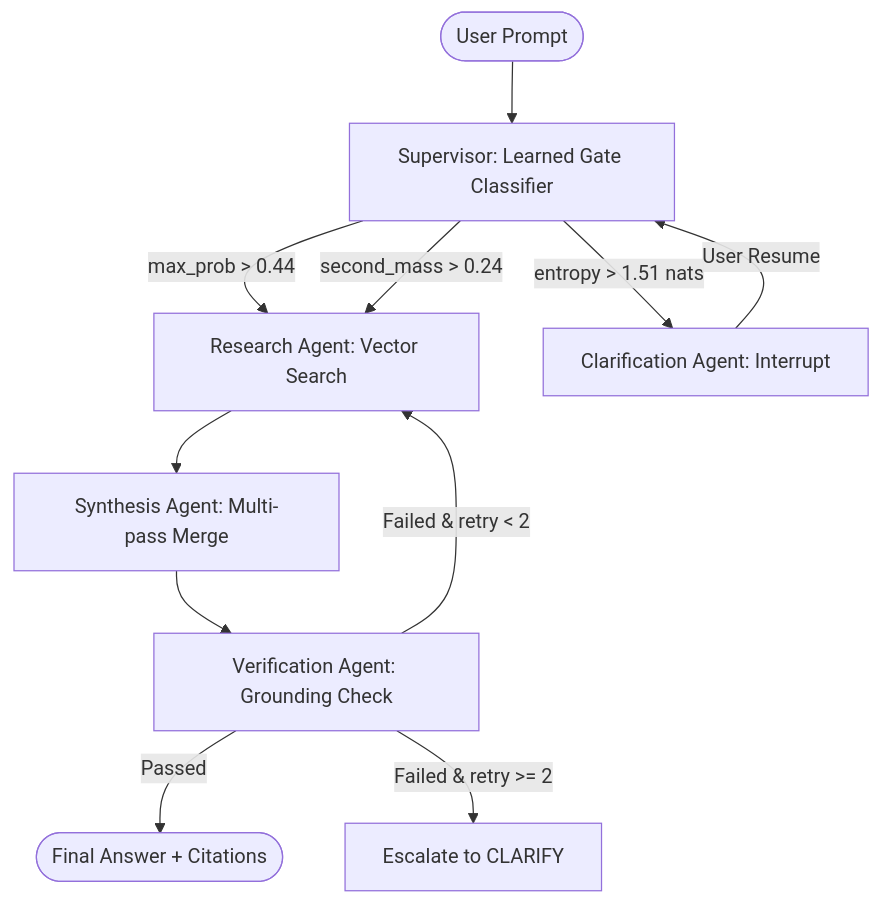
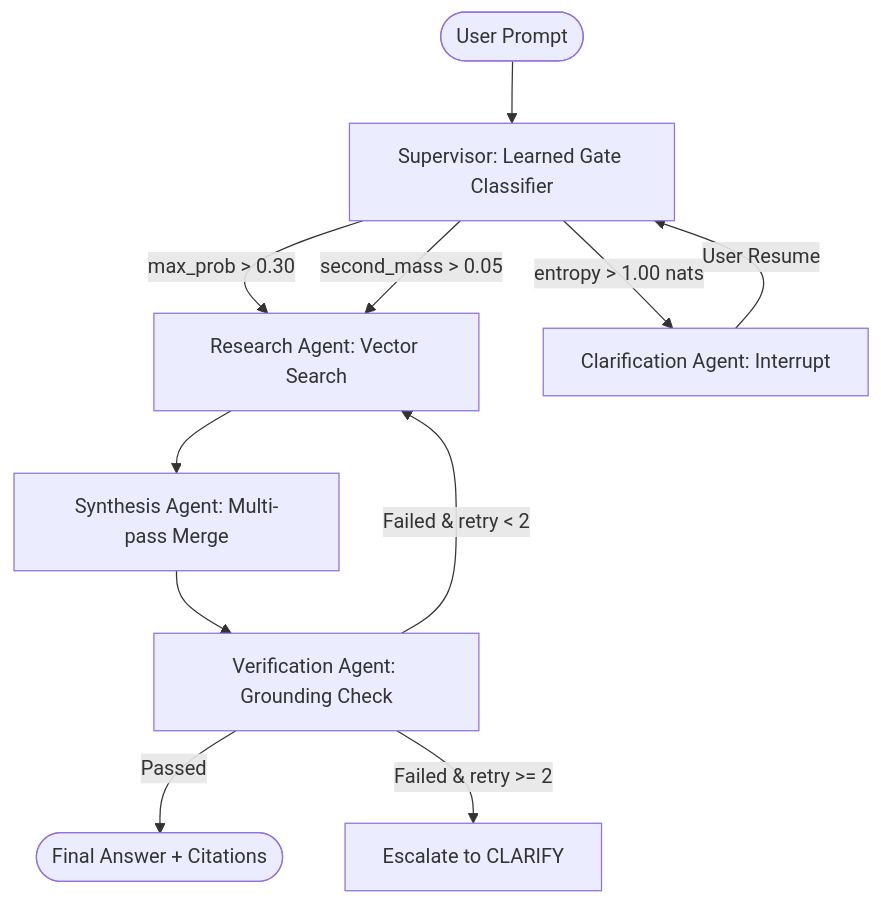
One commit to hacky1997/ambiguard changed the diagram in README.md. Above: the diagram before and after it, drawn with Mermaid. The commit also changed other lines of this file, not shown here.

Commit message:
Update README with final architecture thresholds, adversarial metrics, and paper correction note

````diff
--- a/README.md
+++ b/README.md
@@ -58,15 +58,15 @@
 ```mermaid
 flowchart TD
     User([User Prompt]) --> Supervisor[Supervisor: Learned Gate Classifier]
-    Supervisor -->|max_prob > 0.44| Research[Research Agent: Vector Search]
-    Supervisor -->|second_mass > 0.24| Research
-    Supervisor -->|entropy > 1.51 nats| Clarification[Clarification Agent: Interrupt]
+    Supervisor -->|max_prob > 0.30| Research[Research Agent: Vector Search]
+    Supervisor -->|second_mass > 0.05| Research
+    Supervisor -->|entropy > 1.00 nats| Clarification[Clarification Agent: Interrupt]
     
     Clarification -->|User Resume| Supervisor
     Research --> Synthesis[Synthesis Agent: Multi-pass Merge]
     Synthesis --> Verification[Verification Agent: Grounding Check]
     
     Verification -->|Passed| FinalAnswer([Final Answer + Citations])
     Verification -->|Failed & retry < 2| Research
     Verification -->|Failed & retry >= 2| EscalatedClarify[Escalate to CLARIFY]
 ```
````
